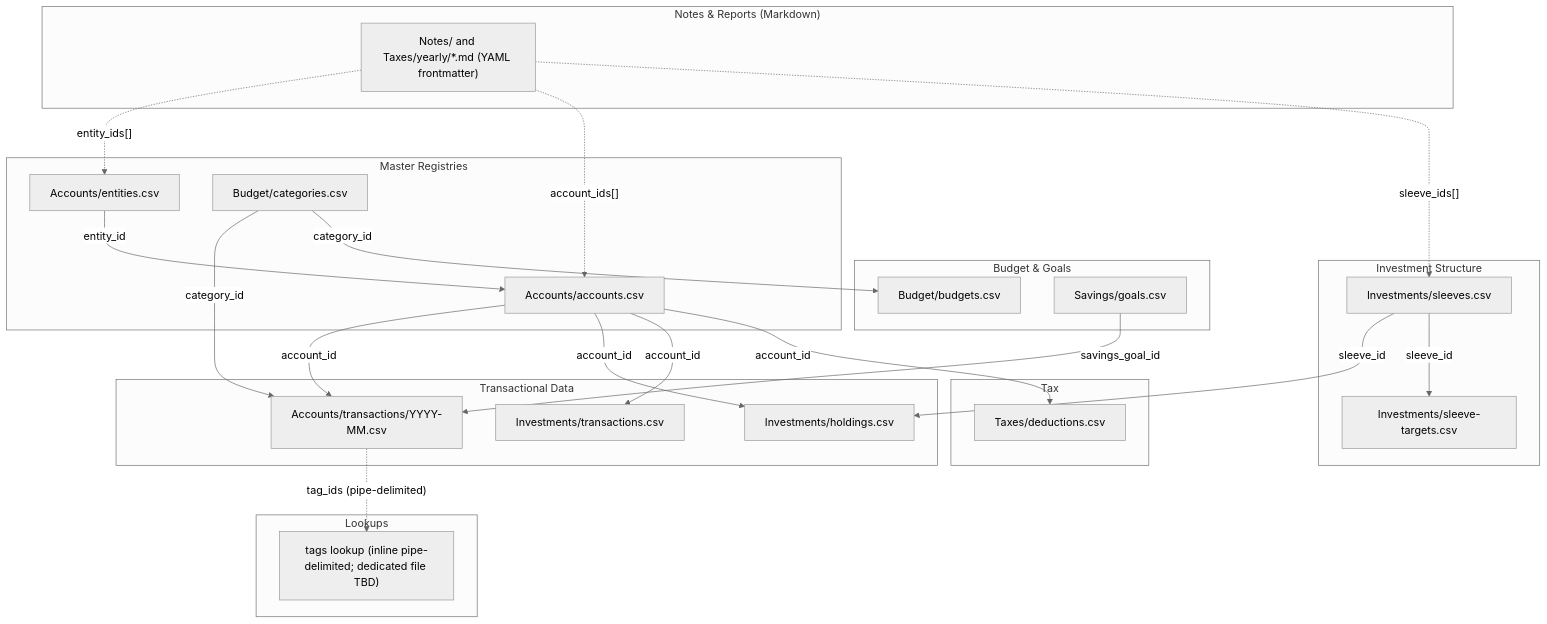
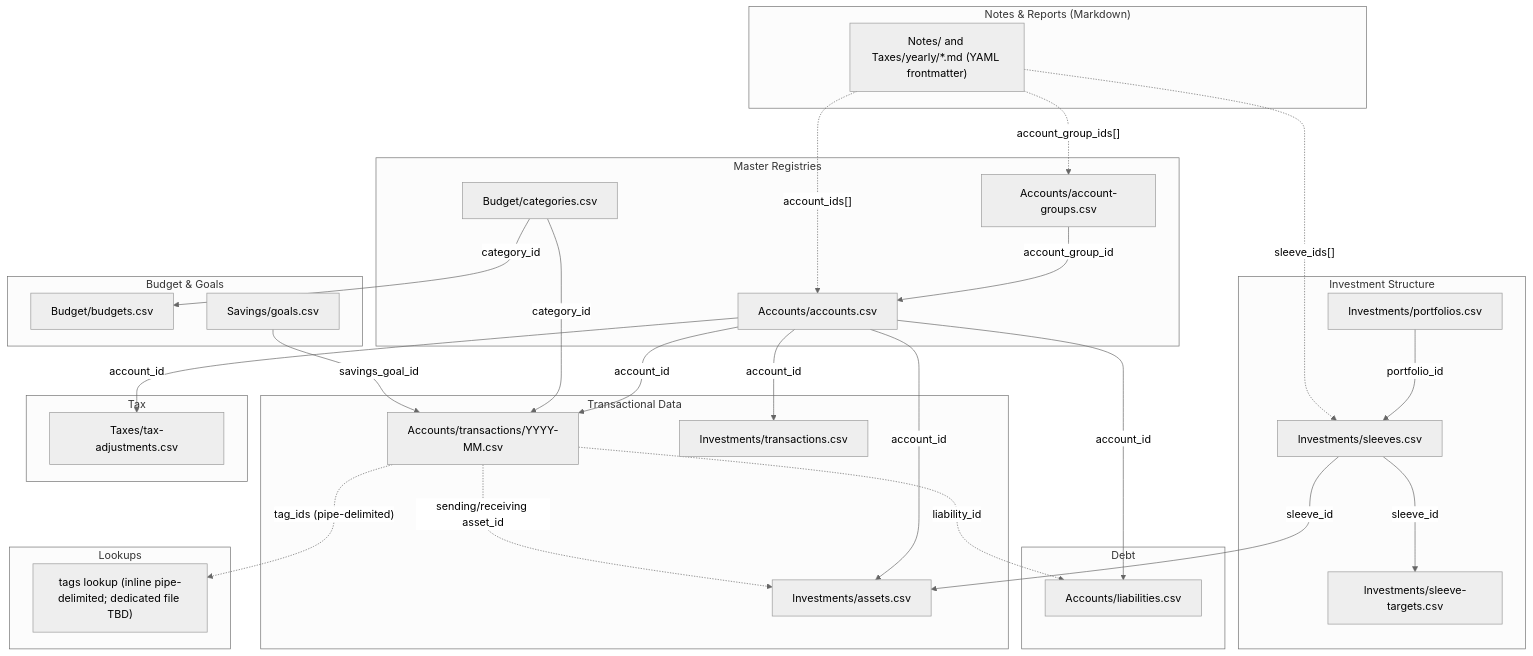
The seventh of 7 diagrams in docs/_refinement/r6-review.md (billdingwall/open-finance), drawn with Mermaid (neutral theme) before and after one commit. The commit also changed other lines of this file and 3 other files, not shown here.

Commit message:
refactor: standardize object schemas, naming conventions, and transaction logic in documentation

````diff
--- a/docs/_refinement/r6-review.md
+++ b/docs/_refinement/r6-review.md
@@ -714,51 +774,60 @@
 ```mermaid
 flowchart TD
     subgraph "Master Registries"
         ACCT["Accounts/accounts.csv"]
-        ENT["Accounts/entities.csv"]
+        AGRP["Accounts/account-groups.csv"]
         CAT["Budget/categories.csv"]
     end
 
     subgraph "Transactional Data"
         TX["Accounts/transactions/YYYY-MM.csv"]
-        HOLD["Investments/holdings.csv"]
+        ASSET["Investments/assets.csv"]
         TRADES["Investments/transactions.csv"]
+    end
+
+    subgraph "Debt"
+        LIAB["Accounts/liabilities.csv"]
     end
 
     subgraph "Budget & Goals"
         BUD["Budget/budgets.csv"]
         GOALS["Savings/goals.csv"]
     end
 
     subgraph "Investment Structure"
+        PORT["Investments/portfolios.csv"]
         SLV["Investments/sleeves.csv"]
         SLVT["Investments/sleeve-targets.csv"]
     end
 
     subgraph "Tax"
-        DED["Taxes/deductions.csv"]
+        ADJ["Taxes/tax-adjustments.csv"]
     end
 
     subgraph "Lookups"
         TAGS["tags lookup (inline pipe-delimited; dedicated file TBD)"]
     end
 
     subgraph "Notes & Reports (Markdown)"
         NOTE["Notes/ and Taxes/yearly/*.md (YAML frontmatter)"]
     end
 
-    ENT -- "entity_id" --> ACCT
+    AGRP -- "account_group_id" --> ACCT
     ACCT -- "account_id" --> TX
-    ACCT -- "account_id" --> HOLD
+    ACCT -- "account_id" --> ASSET
     ACCT -- "account_id" --> TRADES
+    ACCT -- "account_id" --> LIAB
     CAT -- "category_id" --> TX
     CAT -- "category_id" --> BUD
-    ACCT -- "account_id" --> DED
-    SLV -- "sleeve_id" --> HOLD
+    ACCT -- "account_id" --> ADJ
+    PORT -- "portfolio_id" --> SLV
+    SLV -- "sleeve_id" --> ASSET
     SLV -- "sleeve_id" --> SLVT
     GOALS -- "savings_goal_id" --> TX
+    TX -. "sending/receiving asset_id" .-> ASSET
+    TX -. "liability_id" .-> LIAB
     TX -. "tag_ids (pipe-delimited)" .-> TAGS
-    NOTE -. "entity_ids[]" .-> ENT
+    NOTE -. "account_group_ids[]" .-> AGRP
     NOTE -. "account_ids[]" .-> ACCT
     NOTE -. "sleeve_ids[]" .-> SLV
 ```
````
